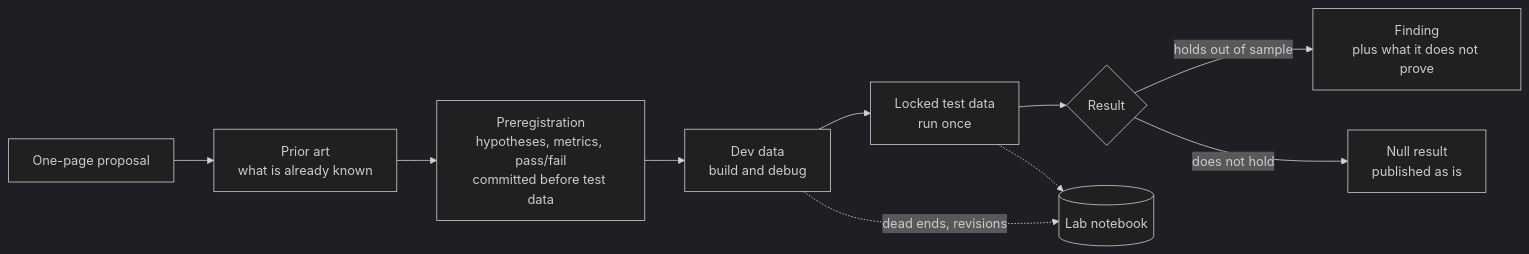
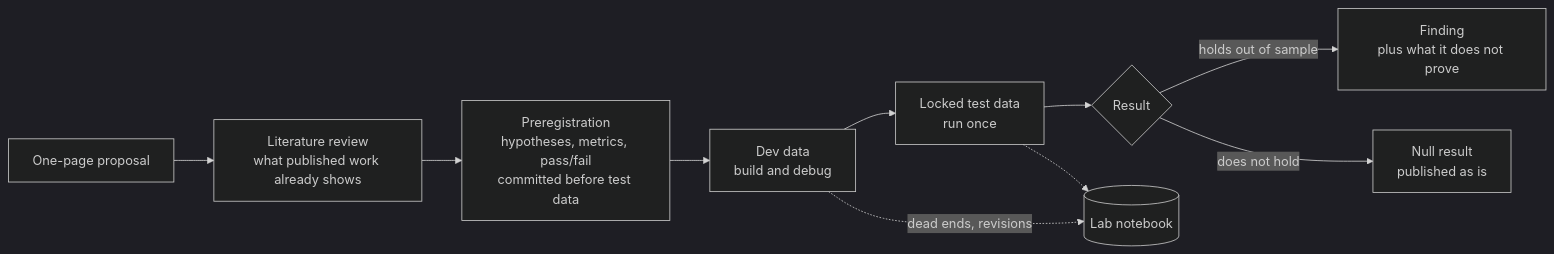
One commit to sohanHajra/Proposals changed the diagram in README.md. Above: the diagram before and after it, drawn with Mermaid (dark theme). The commit also changed other lines of this file and 4 other files, not shown here.

Commit message:
Second pass on the notes: tighter source descriptions, 1 ms delay grid, literature review

````diff
--- a/README.md
+++ b/README.md
@@ -14,12 +14,12 @@
 ```mermaid
 flowchart LR
-    A[One-page proposal] --> B[Prior art<br/>what is already known]
+    A[One-page proposal] --> B[Literature review<br/>what published work already shows]
     B --> C[Preregistration<br/>hypotheses, metrics, pass/fail<br/>committed before test data]
     C --> D[Dev data<br/>build and debug]
     D --> E[Locked test data<br/>run once]
     E --> F{Result}
     F -->|holds out of sample| G[Finding<br/>plus what it does not prove]
     F -->|does not hold| H[Null result<br/>published as is]
     D -.dead ends, revisions.-> L[(Lab notebook)]
     E -.-> L
 ```
````
